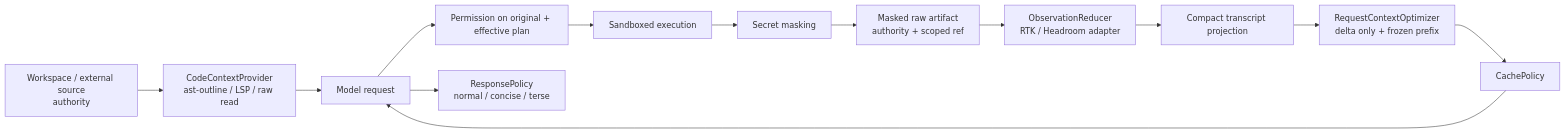
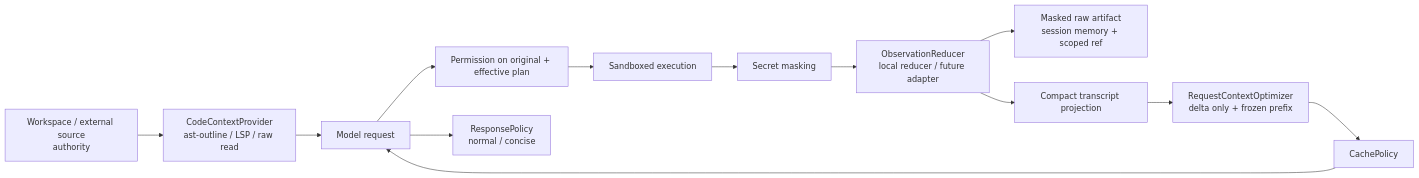
The diagram in docs/TOKEN_EFFICIENCY_COMPONENTS.md (luoyjx/mini-loop), drawn with Mermaid before and after one commit. The commit also changed other lines of this file and 40 other files, not shown here.

````diff
--- a/docs/TOKEN_EFFICIENCY_COMPONENTS.md
+++ b/docs/TOKEN_EFFICIENCY_COMPONENTS.md
@@ -511,15 +540,15 @@
 ```mermaid
 flowchart LR
     W["Workspace / external source<br/>authority"] --> C["CodeContextProvider<br/>ast-outline / LSP / raw read"]
     C --> M["Model request"]
     M --> P["Permission on original + effective plan"]
     P --> E["Sandboxed execution"]
     E --> S["Secret masking"]
-    S --> A["Masked raw artifact<br/>authority + scoped ref"]
-    A --> O["ObservationReducer<br/>RTK / Headroom adapter"]
+    S --> O["ObservationReducer<br/>local reducer / future adapter"]
+    O --> A["Masked raw artifact<br/>session memory + scoped ref"]
     O --> T["Compact transcript projection"]
     T --> X["RequestContextOptimizer<br/>delta only + frozen prefix"]
     X --> K["CachePolicy"]
     K --> M
-    M --> R["ResponsePolicy<br/>normal / concise / terse"]
+    M --> R["ResponsePolicy<br/>normal / concise"]
 ```
````
